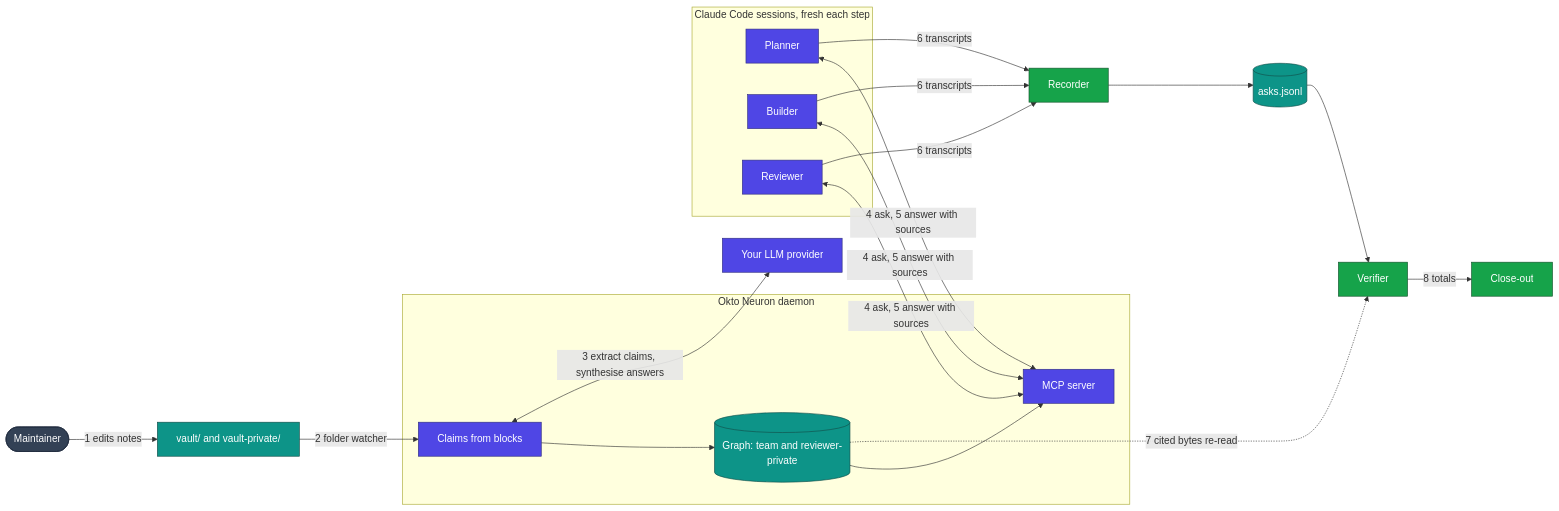
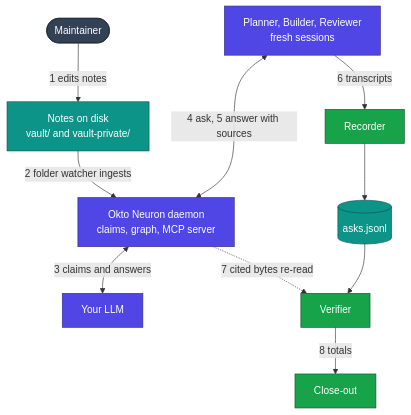
One commit to Infrasity-Labs/neuron-brownfield-longrun-demo changed the diagram in README.md. Above: the diagram before and after it, drawn with Mermaid. The commit also changed other lines of this file and 1 other file, not shown here.

Commit message:
Simplify the mermaid architecture and rename the banner to bust image caching
Claude-Session: https://claude.ai/code/session_01AxS1aS3ewCx5ANu1pfW9Yn

````diff
--- a/README.md
+++ b/README.md
@@ -95,34 +95,21 @@
 ```mermaid
-flowchart LR
-    M(["Maintainer"]) -->|"1 edits notes"| N["vault/ and vault-private/"]
-    N -->|"2 folder watcher"| W
-
-    subgraph D["Okto Neuron daemon"]
-        W["Claims from blocks"] --> G[("Graph: team and reviewer-private")]
-        G --> S["MCP server"]
-    end
-
-    W <-->|"3 extract claims, synthesise answers"| L["Your LLM provider"]
-
-    subgraph C["Claude Code sessions, fresh each step"]
-        P["Planner"]
-        B["Builder"]
-        R["Reviewer"]
-    end
-
-    P & B & R <-->|"4 ask, 5 answer with sources"| S
-    P & B & R -->|"6 transcripts"| REC["Recorder"]
+flowchart TD
+    M(["Maintainer"]) -->|"1 edits notes"| N["Notes on disk<br/>vault/ and vault-private/"]
+    N -->|"2 folder watcher ingests"| D["Okto Neuron daemon<br/>claims, graph, MCP server"]
+    D <-->|"3 claims and answers"| L["Your LLM"]
+    R["Planner, Builder, Reviewer<br/>fresh sessions"] <-->|"4 ask, 5 answer with sources"| D
+    R -->|"6 transcripts"| REC["Recorder"]
     REC --> A[("asks.jsonl")]
     A --> V["Verifier"]
-    G -.->|"7 cited bytes re-read"| V
+    D -.->|"7 cited bytes re-read"| V
     V -->|"8 totals"| X["Close-out"]
 
     classDef person fill:#334155,stroke:#1e293b,color:#ffffff
     classDef svc fill:#4f46e5,stroke:#312e81,color:#ffffff
     classDef data fill:#0d9488,stroke:#134e4a,color:#ffffff
     classDef check fill:#16a34a,stroke:#14532d,color:#ffffff
     class M person
-    class W,S,P,B,R,L svc
-    class N,G,A data
+    class D,R,L svc
+    class N,A data
     class REC,V,X check
 ```
````
